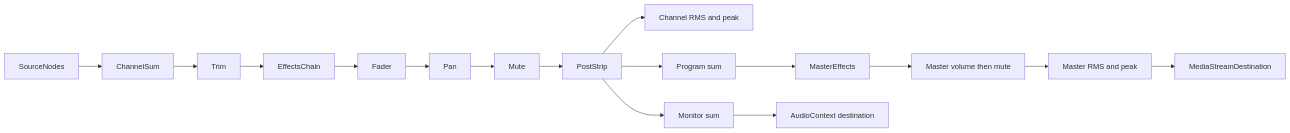
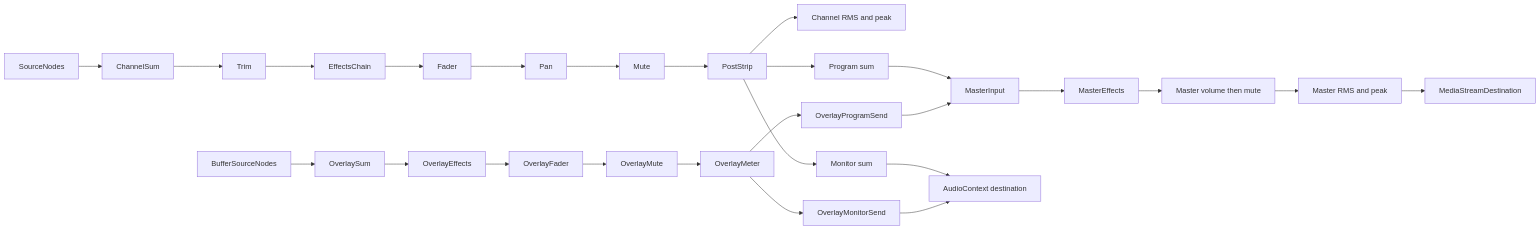
One commit to Moonbase-Systems/moonbase-studio-web changed the diagram in .ai/docs/architecture/audio-engine.md. Above: the diagram before and after it, drawn with Mermaid. The commit also changed other lines of this file and 7 other files, not shown here.

````diff
--- a/.ai/docs/architecture/audio-engine.md
+++ b/.ai/docs/architecture/audio-engine.md
@@ -19,18 +19,28 @@
 ```mermaid
 flowchart LR
   sources[SourceNodes] --> sum[ChannelSum]
   sum --> trim[Trim]
   trim --> chain[EffectsChain]
   chain --> fader[Fader]
   fader --> pan[Pan]
   pan --> mute[Mute]
   mute --> post[PostStrip]
   post --> channelMeter[Channel RMS and peak]
   post --> program[Program sum]
   post --> monitor[Monitor sum]
-  program --> masterFx[MasterEffects]
+  players[BufferSourceNodes] --> overlaySum[OverlaySum]
+  overlaySum --> overlayFx[OverlayEffects]
+  overlayFx --> overlayFader[OverlayFader]
+  overlayFader --> overlayMute[OverlayMute]
+  overlayMute --> overlayMeter[OverlayMeter]
+  overlayMeter --> overlayProgram[OverlayProgramSend]
+  overlayMeter --> overlayPhones[OverlayMonitorSend]
+  program --> masterIn[MasterInput]
+  overlayProgram --> masterIn
+  masterIn --> masterFx[MasterEffects]
   masterFx --> master[Master volume then mute]
   master --> masterMeter[Master RMS and peak]
   masterMeter --> stream[MediaStreamDestination]
   monitor --> speakers[AudioContext destination]
+  overlayPhones --> speakers
 ```
````
